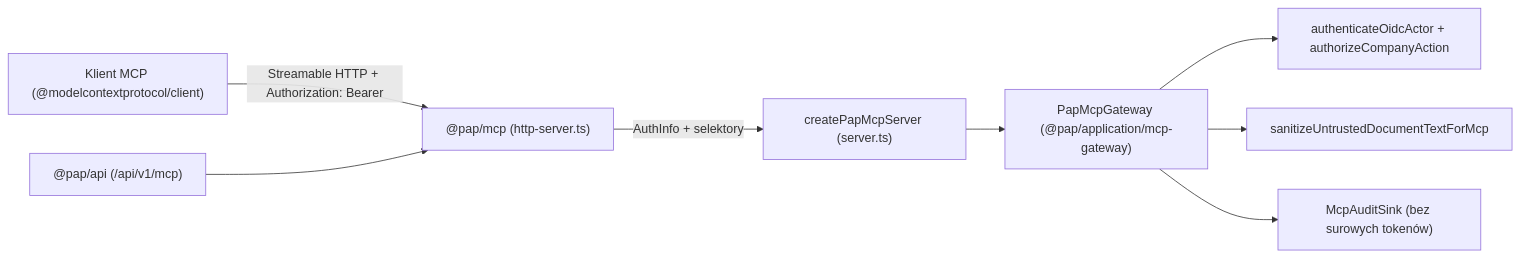
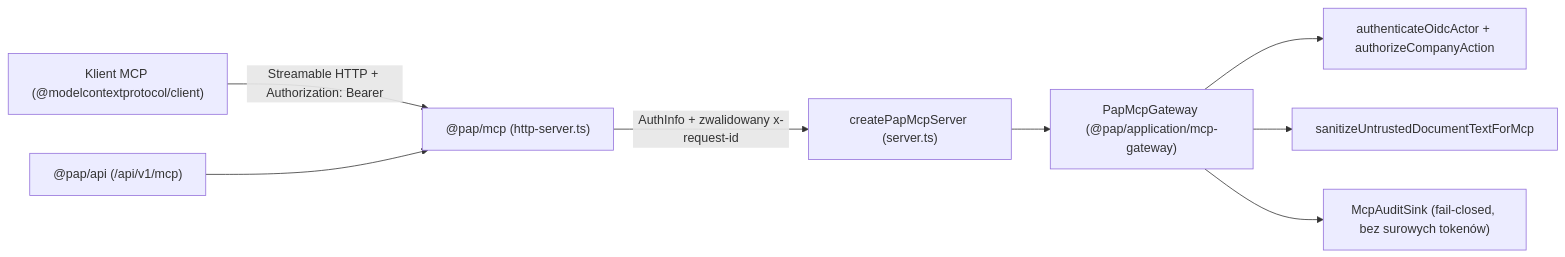
Before and after one commit to RolePlayingTech/polish-accounting-platform: the diagram in docs/33-mcp-i-powiadomienia.md, drawn with Mermaid. The commit also changed other lines of this file and 11 other files, not shown here.

````diff
--- a/docs/33-mcp-i-powiadomienia.md
+++ b/docs/33-mcp-i-powiadomienia.md
@@ -10,10 +10,10 @@
 ```mermaid
 flowchart LR
   C["Klient MCP (@modelcontextprotocol/client)"] -->|"Streamable HTTP + Authorization: Bearer"| HTTP["@pap/mcp (http-server.ts)"]
   API["@pap/api (/api/v1/mcp)"] --> HTTP
-  HTTP -->|"AuthInfo + selektory"| SRV["createPapMcpServer (server.ts)"]
+  HTTP -->|"AuthInfo + zwalidowany x-request-id"| SRV["createPapMcpServer (server.ts)"]
   SRV --> GW["PapMcpGateway (@pap/application/mcp-gateway)"]
   GW --> AUTH["authenticateOidcActor + authorizeCompanyAction"]
   GW --> SAN["sanitizeUntrustedDocumentTextForMcp"]
-  GW --> AUD["McpAuditSink (bez surowych tokenów)"]
+  GW --> AUD["McpAuditSink (fail-closed, bez surowych tokenów)"]
 ```
````
